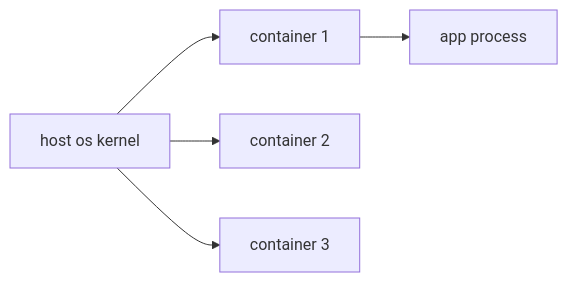
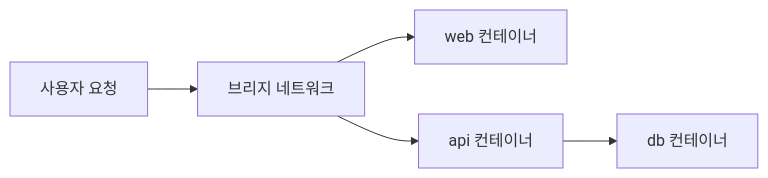
Before and after one commit to yeongseon-books/book-content: the diagram in docs/ko/containers-101/01-what-is-a-container.md, drawn with Mermaid. The commit also changed other lines of this file and 4143 other files, not shown here.

````diff
--- a/docs/ko/containers-101/01-what-is-a-container.md
+++ b/docs/ko/containers-101/01-what-is-a-container.md
@@ -33,7 +358,7 @@
 ```mermaid
 flowchart LR
-    Host["host os kernel"] --> C1["container 1"]
-    Host --> C2["container 2"]
-    Host --> C3["container 3"]
-    C1 --> App1["app process"]
+    U["사용자 요청"] --> B["브리지 네트워크"]
+    B --> W["web 컨테이너"]
+    B --> A["api 컨테이너"]
+    A --> D["db 컨테이너"]
 ```
````
